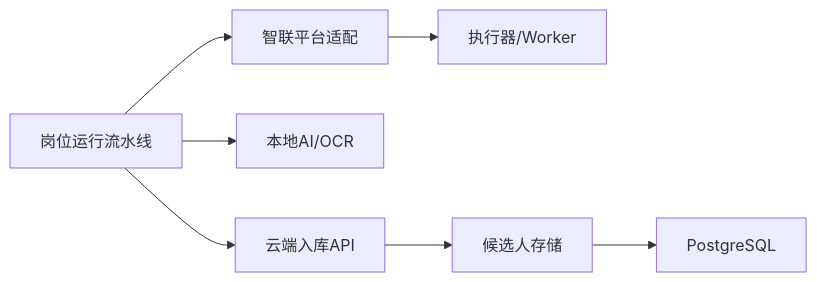
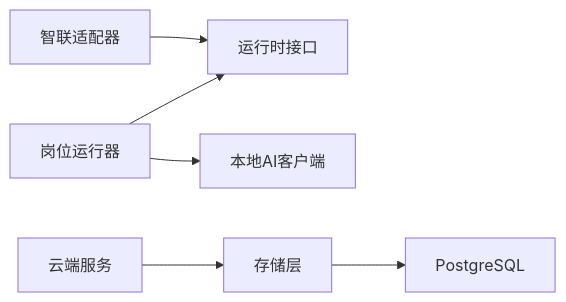
Before and after one commit to alvinwangzi/goodhr: the seventh of 7 diagrams in .qoder/repowiki/zh/content/本地执行器/平台适配器/智联招聘适配器/候选人处理.md, drawn with Mermaid. The commit also changed other lines of this file and 149 other files, not shown here.

````diff
--- a/.qoder/repowiki/zh/content/本地执行器/平台适配器/智联招聘适配器/候选人处理.md
+++ b/.qoder/repowiki/zh/content/本地执行器/平台适配器/智联招聘适配器/候选人处理.md
@@ -347,9 +319,8 @@
 ```mermaid
 graph LR
-ZP["智联平台适配"] --> Exec["执行器/Worker"]
-Runner["岗位运行流水线"] --> ZP
-Runner --> AI["本地AI/OCR"]
-Runner --> Cloud["云端入库API"]
-Cloud --> Store["候选人存储"]
-Store --> DB["PostgreSQL"]
+ZP["智联适配器"] --> RC["运行时接口"]
+PR["岗位运行器"] --> RC
+PR --> AI["本地AI客户端"]
+API["云端服务"] --> STORE["存储层"]
+STORE --> DB["PostgreSQL"]
 ```
````
